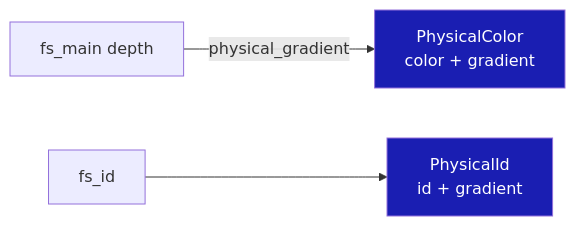
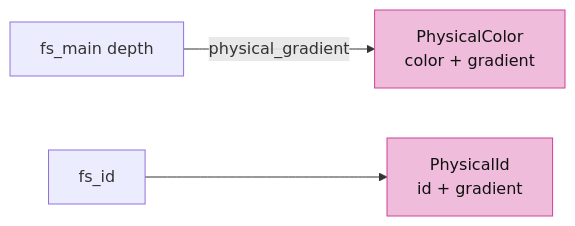
The second of 15 diagrams in session_viewer/docs/05-visibility.md (petrasvestartas/session), drawn with Mermaid before and after one commit. The commit also changed other lines of this file and 23 other files, not shown here.

Commit message:
Course: Mermaid nodes white with black text, highlighted nodes pink, white arrows and edge labels on the black ground

````diff
--- a/session_viewer/docs/05-visibility.md
+++ b/session_viewer/docs/05-visibility.md
@@ -34,7 +34,7 @@
 ```mermaid
 flowchart LR
     A["fs_main depth"] -- "physical_gradient" --> B["PhysicalColor<br/>color + gradient"]
     C["fs_id"] --> E["PhysicalId<br/>id + gradient"]
-    style B fill:#1a1eb2,color:#fff
-    style E fill:#1a1eb2,color:#fff
+    style B fill:#f0bcdb,stroke:#ce4095,color:#111
+    style E fill:#f0bcdb,stroke:#ce4095,color:#111
 ```
````
